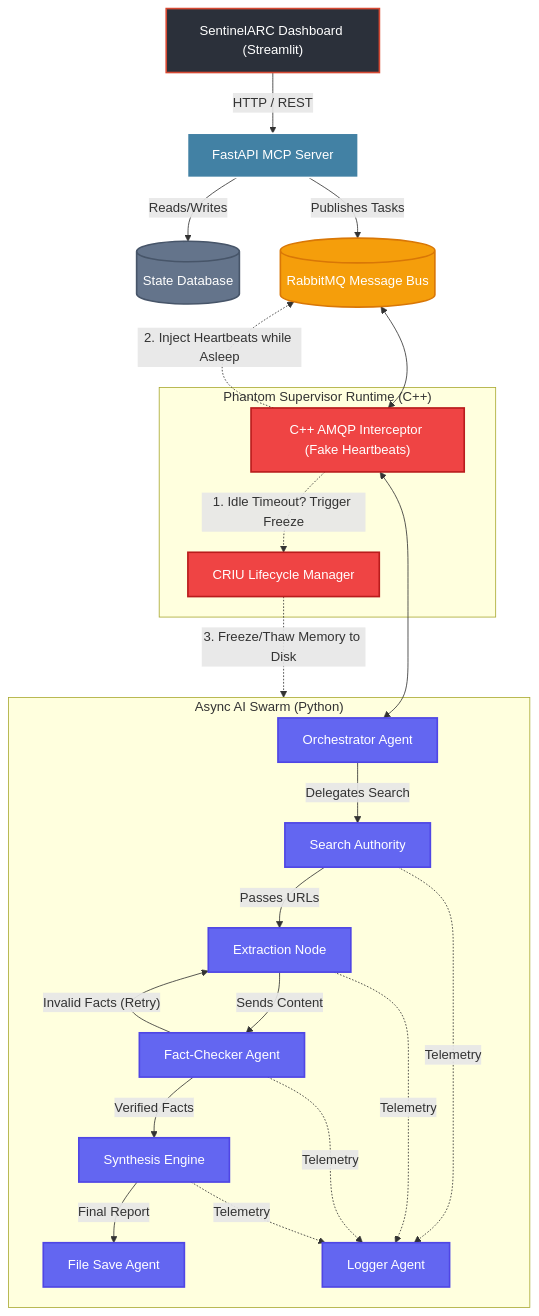
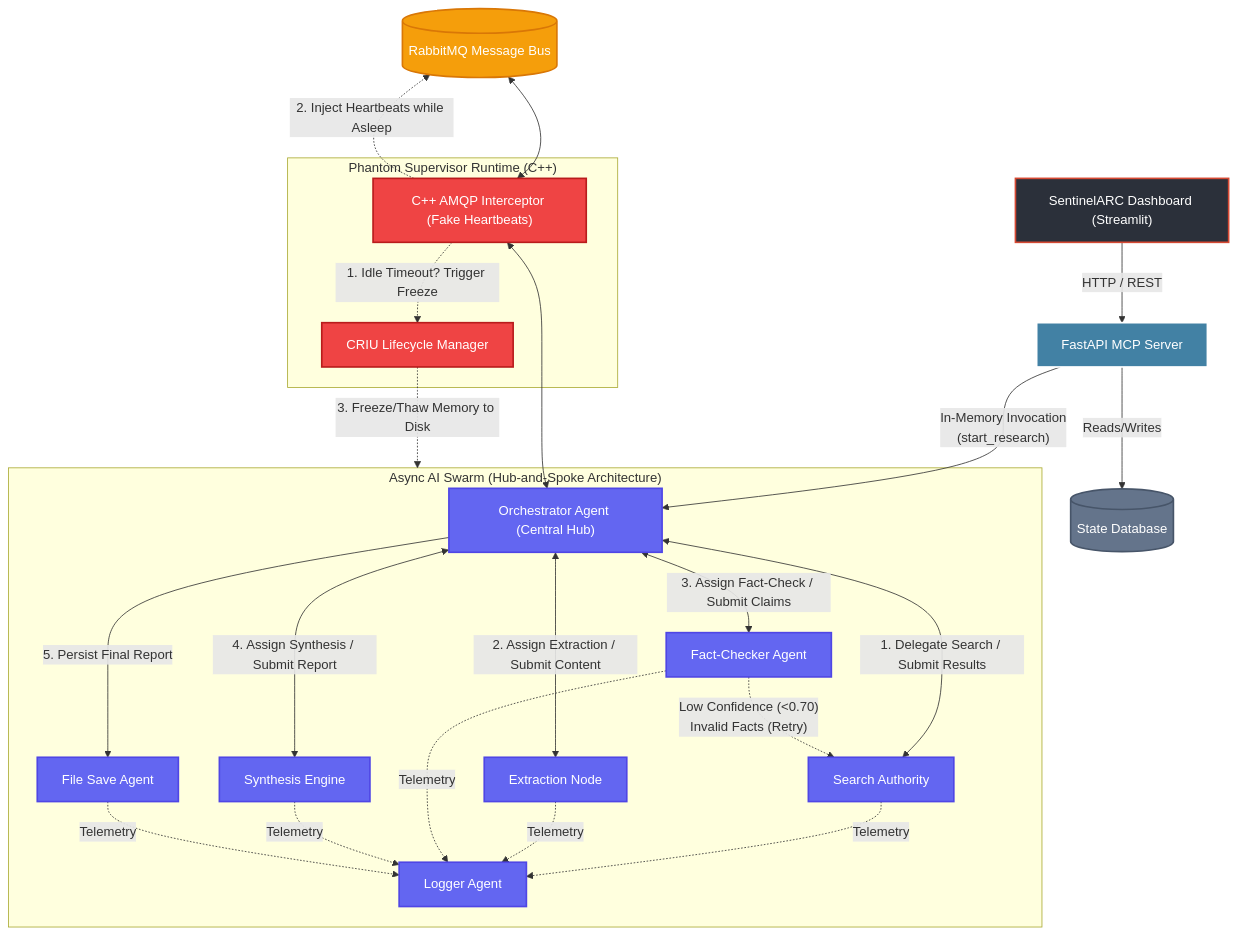
Before and after one commit to Ashishparmar265/SentinelARC: the diagram in README.md, drawn with Mermaid. The commit also changed other lines of this file and 22 other files, not shown here.

First line of the commit message:
refactor(swarm): optimize multi-agent pipeline, multi-source ingestion & latency reduction

````diff
--- a/README.md
+++ b/README.md
@@ -16,53 +16,58 @@
 ```mermaid
 flowchart TD
     %% Styles
     classDef frontend fill:#2b303a,color:#fff,stroke:#d64933,stroke-width:2px;
     classDef backend fill:#4281a4,color:#fff,stroke:#fff,stroke-width:2px;
     classDef broker fill:#f59e0b,color:#fff,stroke:#d97706,stroke-width:2px;
     classDef cpp fill:#ef4444,color:#fff,stroke:#b91c1c,stroke-width:2px;
     classDef python fill:#6366f1,color:#fff,stroke:#4f46e5,stroke-width:2px;
     classDef storage fill:#64748b,color:#fff,stroke:#475569,stroke-width:2px;
 
     UI["SentinelARC Dashboard (Streamlit)"]:::frontend
     FAST["FastAPI MCP Server"]:::backend
     DB[("State Database")]:::storage
     RMQ[("RabbitMQ Message Bus")]:::broker
 
     UI -->|"HTTP / REST"| FAST
     FAST -->|"Reads/Writes"| DB
-    FAST -->|"Publishes Tasks"| RMQ
+    FAST -->|"In-Memory Invocation\n(start_research)"| ORC
 
     subgraph Phantom_Supervisor["Phantom Supervisor Runtime (C++)"]
         PROXY["C++ AMQP Interceptor (Fake Heartbeats)"]:::cpp
         CRIU["CRIU Lifecycle Manager"]:::cpp
     end
 
-    subgraph AI_Swarm["Async AI Swarm (Python)"]
-        ORC["Orchestrator Agent"]:::python
+    subgraph AI_Swarm["Async AI Swarm (Hub-and-Spoke Architecture)"]
+        ORC["Orchestrator Agent (Central Hub)"]:::python
         SA["Search Authority"]:::python
         EX["Extraction Node"]:::python
         FC["Fact-Checker Agent"]:::python
         SYN["Synthesis Engine"]:::python
         FS["File Save Agent"]:::python
         LOG["Logger Agent"]:::python
         
-        ORC -->|"Delegates Search"| SA
-        SA -->|"Passes URLs"| EX
-        EX -->|"Sends Content"| FC
-        FC -->|"Invalid Facts (Retry)"| EX
-        FC -->|"Verified Facts"| SYN
-        SYN -->|"Final Report"| FS
+        %% Hub-and-Spoke Delegations and Data Submissions
+        ORC <-->|"1. Delegate Search / Submit Results"| SA
+        ORC <-->|"2. Assign Extraction / Submit Content"| EX
+        ORC <-->|"3. Assign Fact-Check / Submit Claims"| FC
+        
+        %% Fallback: Invalid facts route back to Search Authority (bypassing Extraction)
+        FC -.->|"Low Confidence (<0.70)\nInvalid Facts (Retry)"| SA
+        
+        ORC <-->|"4. Assign Synthesis / Submit Report"| SYN
+        ORC -->|"5. Persist Final Report"| FS
         
         SA -.->|"Telemetry"| LOG
         EX -.->|"Telemetry"| LOG
         FC -.->|"Telemetry"| LOG
         SYN -.->|"Telemetry"| LOG
+        FS -.->|"Telemetry"| LOG
     end
 
     RMQ <--> PROXY
     PROXY <--> ORC
     
     PROXY -.->|"1. Idle Timeout? Trigger Freeze"| CRIU
     PROXY -.->|"2. Inject Heartbeats while Asleep"| RMQ
     CRIU -.->|"3. Freeze/Thaw Memory to Disk"| AI_Swarm
 ```
````
